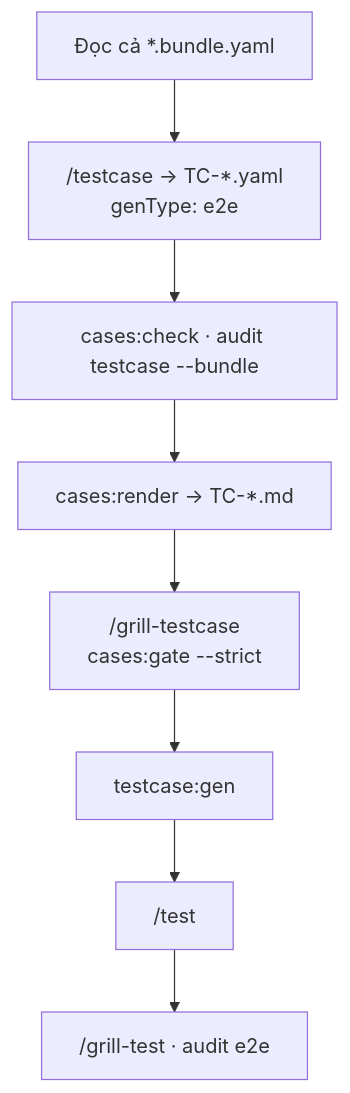
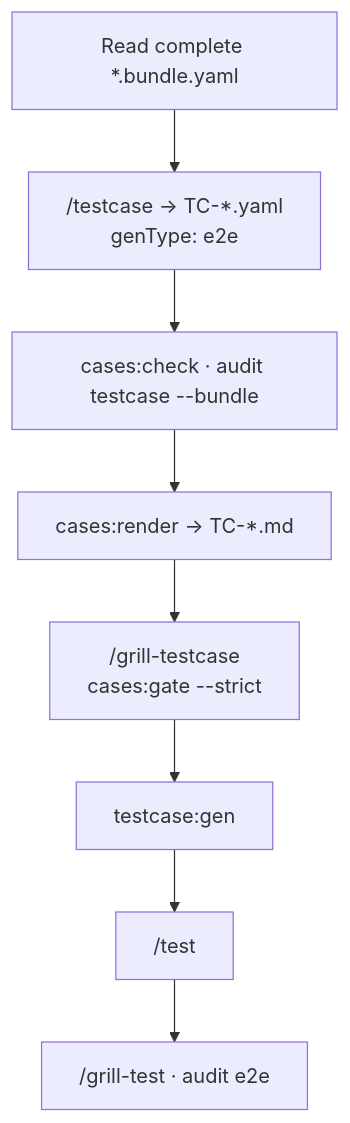
Before and after one commit to ShanYuCoder/flowgrid-docs: the third of 5 diagrams in workflows/test.md, drawn with Mermaid. The commit also changed other lines of this file and 348 other files, not shown here.

````diff
--- a/workflows/test.md
+++ b/workflows/test.md
@@ -147,13 +147,13 @@
 ```mermaid
 flowchart TD
-  B["Đọc cả *.bundle.yaml"]
+  B["Read complete *.bundle.yaml"]
   TC["/testcase → TC-*.yaml\ngenType: e2e"]
   CHK["cases:check · audit testcase --bundle"]
   REN["cases:render → TC-*.md"]
   GTG["/grill-testcase\ncases:gate --strict"]
   GEN["testcase:gen"]
   T["/test"]
   GT["/grill-test · audit e2e"]
 
   B --> TC --> CHK --> REN --> GTG --> GEN --> T --> GT
 ```
````
